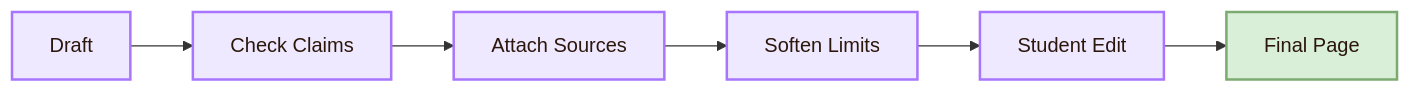
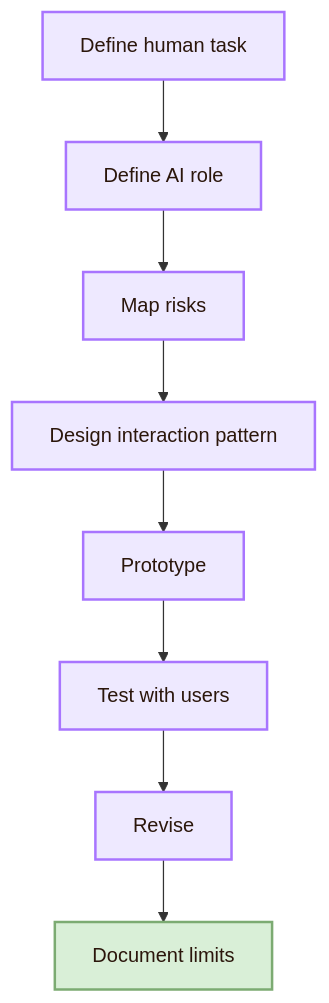
The seventh of 7 diagrams in 01_Core_Area_HCI/001_Subareas/05_Human_AI_Interaction/Activities/Design.md (andreitegzes06-ui/CogniShire), drawn with Mermaid before and after one commit. The commit also changed other lines of this file and 131 other files, not shown here.

````diff
--- a/01_Core_Area_HCI/001_Subareas/05_Human_AI_Interaction/Activities/Design.md
+++ b/01_Core_Area_HCI/001_Subareas/05_Human_AI_Interaction/Activities/Design.md
@@ -722,14 +544,16 @@
 ```mermaid
-flowchart LR
-    A[Draft] --> B[Check Claims]
-    B --> C[Attach Sources]
-    C --> D[Soften Limits]
-    D --> E[Student Edit]
-    E --> F[Final Page]
+flowchart TB
+    A[Define human task] --> B[Define AI role]
+    B --> C[Map risks]
+    C --> D[Design interaction pattern]
+    D --> E[Prototype]
+    E --> F[Test with users]
+    F --> G[Revise]
+    G --> H[Document limits]
 
     classDef node fill:#eee9ff,stroke:#a875ff,color:#2b160b,stroke-width:2px;
     classDef final fill:#d9efd7,stroke:#7cab72,color:#2b160b,stroke-width:2px;
 
-    class A,B,C,D,E node;
-    class F final;
+    class A,B,C,D,E,F,G node;
+    class H final;
 ```
````
